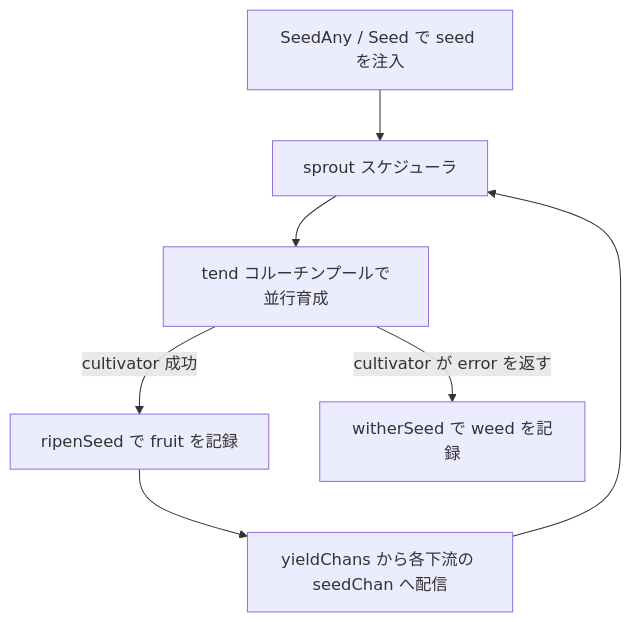
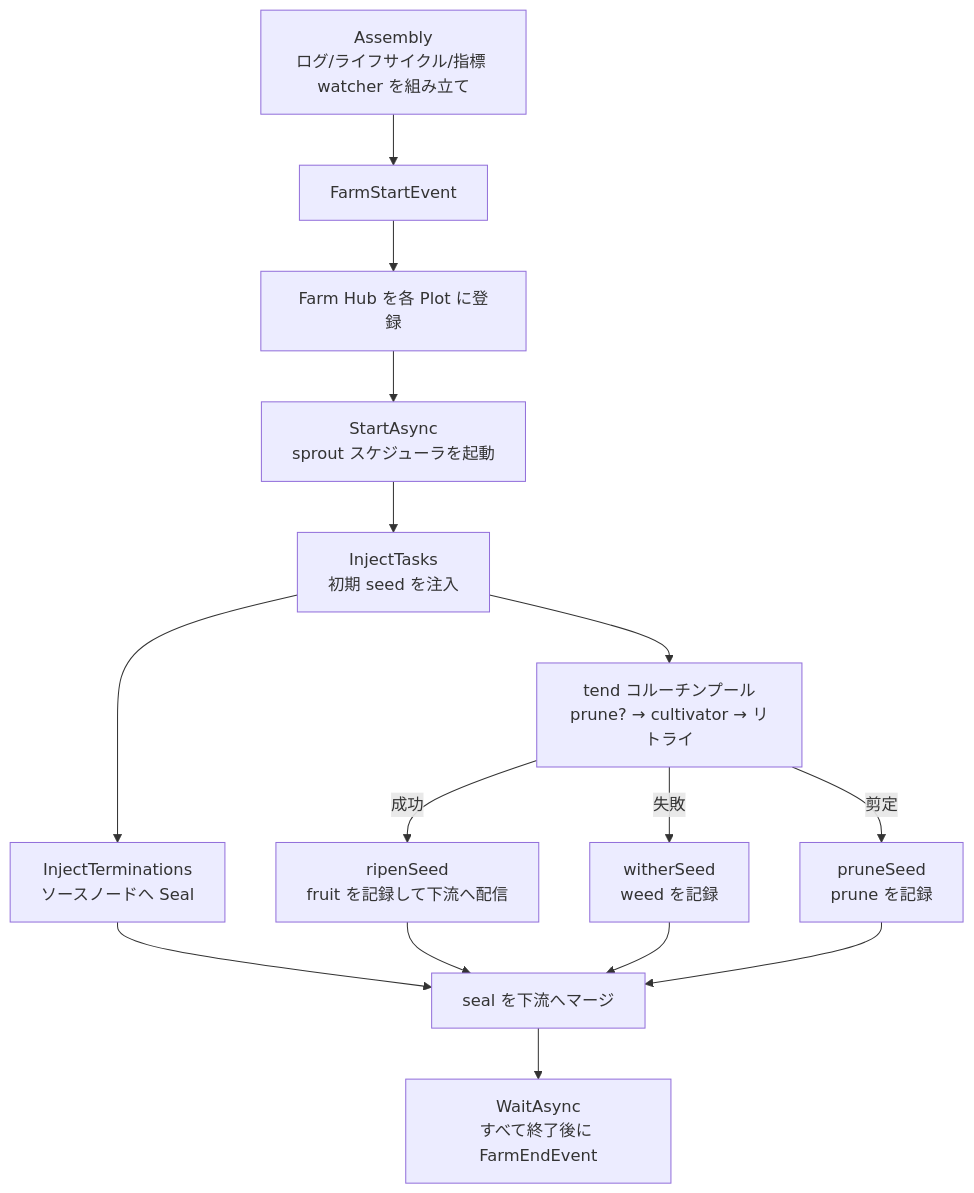
The second of 2 diagrams in docs/ja/pkg/api/api.md (Mr-xiaotian/CelestialGrow), drawn with Mermaid before and after one commit. The commit also changed other lines of this file and 103 other files, not shown here.

````diff
--- a/docs/ja/pkg/api/api.md
+++ b/docs/ja/pkg/api/api.md
@@ -172,9 +292,17 @@
 ```mermaid
 flowchart TD
-    A[SeedAny / Seed で seed を注入] --> B[sprout スケジューラ]
-    B --> C[tend コルーチンプールで並行育成]
-    C -->|cultivator 成功| D[ripenSeed で fruit を記録]
-    C -->|cultivator が error を返す| E[witherSeed で weed を記録]
-    D --> F[yieldChans から各下流の seedChan へ配信]
-    F --> B
+    A[Assembly<br/>ログ/ライフサイクル/指標 watcher を組み立て] --> B[FarmStartEvent]
+    B --> C[Farm Hub を各 Plot に登録]
+    C --> D[StartAsync<br/>sprout スケジューラを起動]
+    D --> E[InjectTasks<br/>初期 seed を注入]
+    E --> F[tend コルーチンプール<br/>prune? → cultivator → リトライ]
+    F -->|成功| G[ripenSeed<br/>fruit を記録して下流へ配信]
+    F -->|失敗| H[witherSeed<br/>weed を記録]
+    F -->|剪定| I[pruneSeed<br/>prune を記録]
+    E --> J[InjectTerminations<br/>ソースノードへ Seal]
+    J --> K[seal を下流へマージ]
+    G --> K
+    H --> K
+    I --> K
+    K --> L[WaitAsync<br/>すべて終了後に FarmEndEvent]
 ```
````
